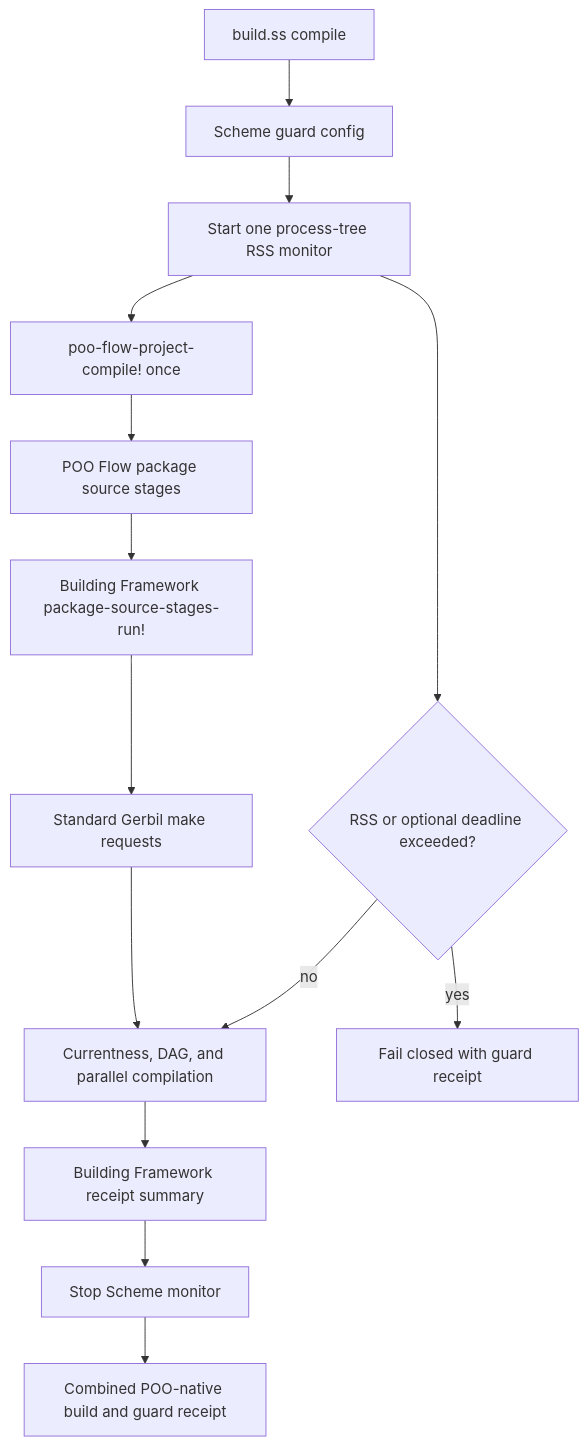
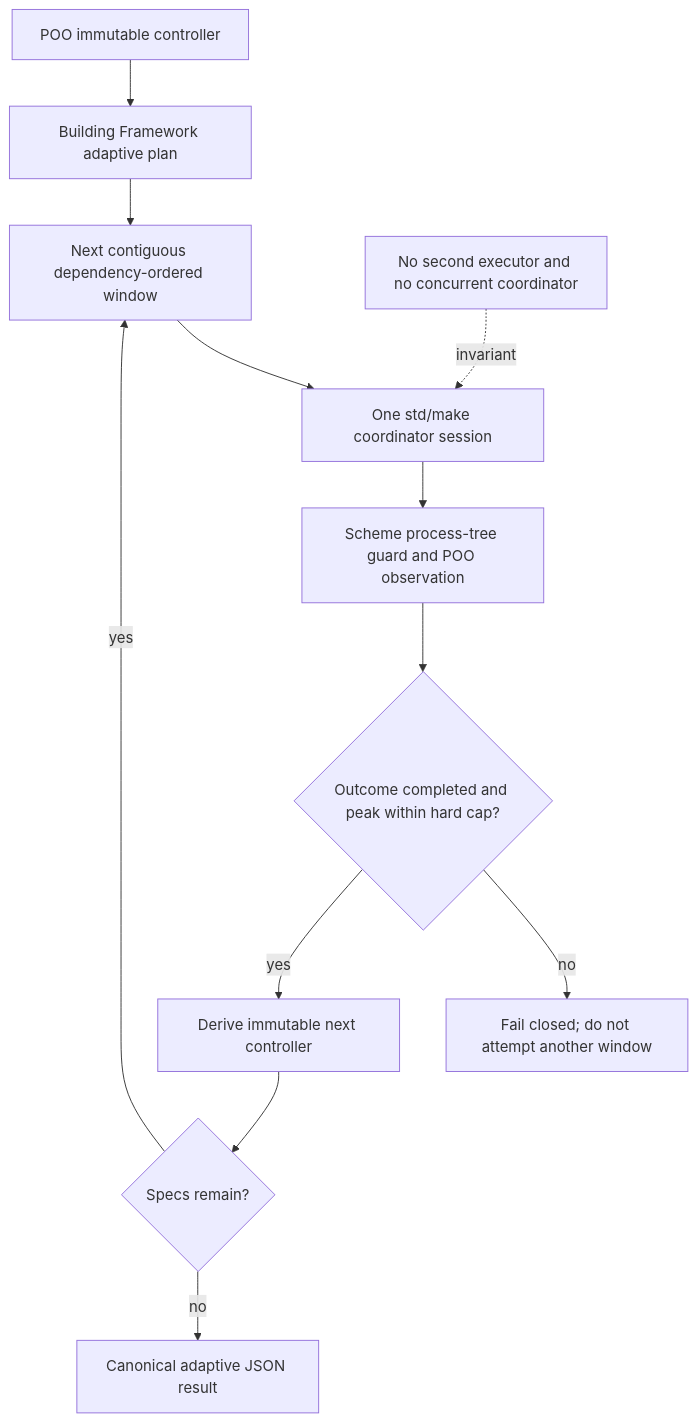
One commit to tao3k/poo-flow changed the diagram in docs/10-19-design/10.06-poo-module-system/147-adaptive-scheme-build-guard.org. Above: the diagram before and after it, drawn with Mermaid. The commit also changed other lines of this file and 4 other files, not shown here.

Commit message:
feat(build): add adaptive Scheme build guard

```diff
--- a/docs/10-19-design/10.06-poo-module-system/147-adaptive-scheme-build-guard.org
+++ b/docs/10-19-design/10.06-poo-module-system/147-adaptive-scheme-build-guard.org
@@ -41,16 +239,14 @@
 #+begin_src mermaid
 flowchart TD
-  A["build.ss compile"] --> B["Scheme guard config"]
-  B --> C["Start one process-tree RSS monitor"]
-  C --> D["poo-flow-project-compile! once"]
-  D --> E["POO Flow package source stages"]
-  E --> F["Building Framework package-source-stages-run!"]
-  F --> G["Standard Gerbil make requests"]
-  G --> H["Currentness, DAG, and parallel compilation"]
-  H --> I["Building Framework receipt summary"]
-  I --> J["Stop Scheme monitor"]
-  J --> K["Combined POO-native build and guard receipt"]
-  C --> L{"RSS or optional deadline exceeded?"}
-  L -->|"yes"| M["Fail closed with guard receipt"]
-  L -->|"no"| H
+  C["POO immutable controller"] --> P["Building Framework adaptive plan"]
+  P --> W["Next contiguous dependency-ordered window"]
+  W --> M["One std/make coordinator session"]
+  M --> G["Scheme process-tree guard and POO observation"]
+  G --> Q{"Outcome completed and peak within hard cap?"}
+  Q -->|"no"| F["Fail closed; do not attempt another window"]
+  Q -->|"yes"| N["Derive immutable next controller"]
+  N --> R{"Specs remain?"}
+  R -->|"yes"| W
+  R -->|"no"| J["Canonical adaptive JSON result"]
+  X["No second executor and no concurrent coordinator"] -. invariant .-> M
 #+end_src
```
